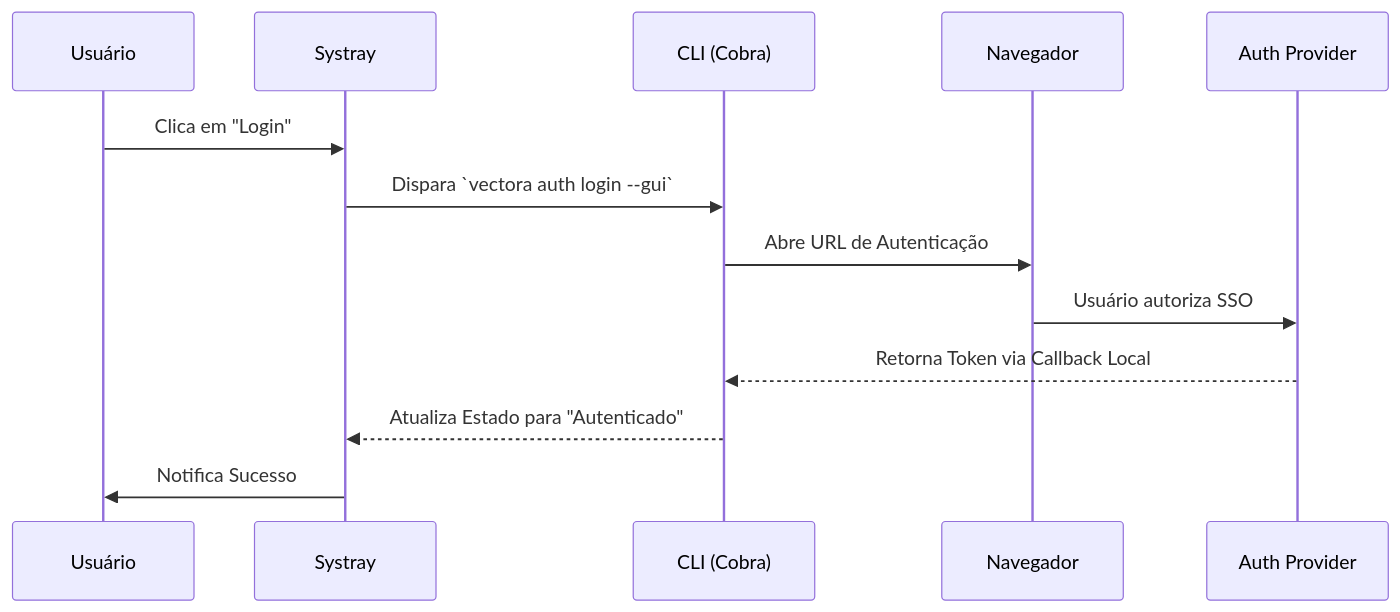
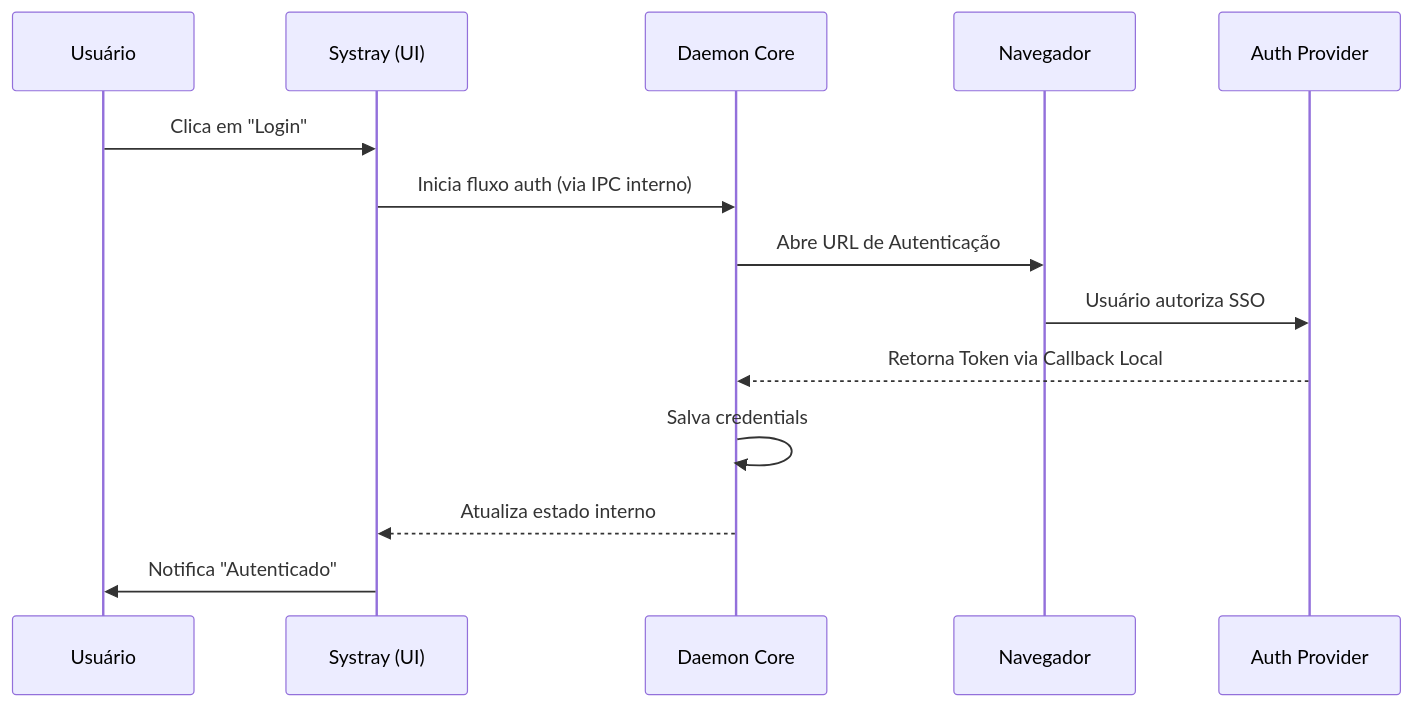
One commit to MachiTwo/MachiOnCoffee changed the diagram in content/docs/vectora/implementation/systray-ux.md. Above: the diagram before and after it, drawn with Mermaid. The commit also changed other lines of this file and 29 other files, not shown here.

````diff
--- a/content/docs/vectora/implementation/systray-ux.md
+++ b/content/docs/vectora/implementation/systray-ux.md
@@ -33,16 +34,17 @@
 ```mermaid
 sequenceDiagram
     participant U as Usuário
-    participant S as Systray
-    participant C as CLI (Cobra)
+    participant S as Systray (UI)
+    participant D as Daemon Core
     participant B as Navegador
     participant A as Auth Provider
 
     U->>S: Clica em "Login"
-    S->>C: Dispara `vectora auth login --gui`
-    C->>B: Abre URL de Autenticação
+    S->>D: Inicia fluxo auth (via IPC interno)
+    D->>B: Abre URL de Autenticação
     B->>A: Usuário autoriza SSO
-    A-->>C: Retorna Token via Callback Local
-    C-->>S: Atualiza Estado para "Autenticado"
-    S->>U: Notifica Sucesso
+    A-->>D: Retorna Token via Callback Local
+    D->>D: Salva credentials
+    D-->>S: Atualiza estado interno
+    S->>U: Notifica "Autenticado"
 ```
````
